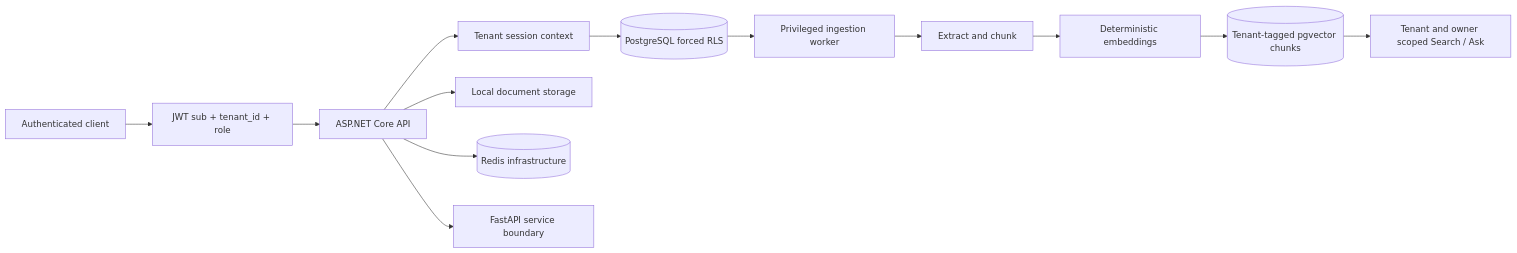
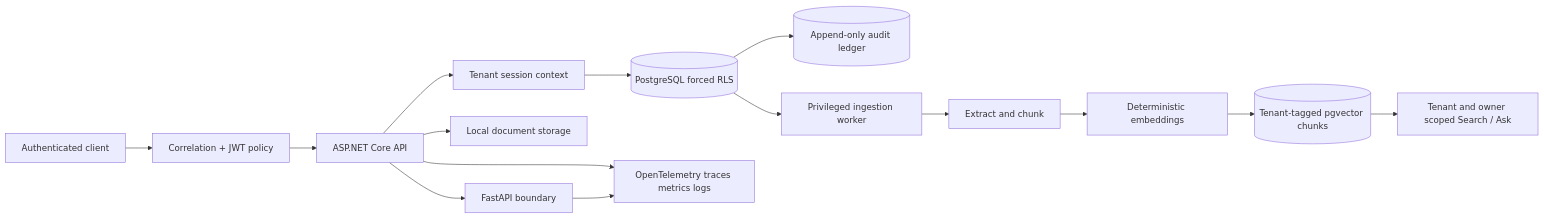
One commit to mahdiaghtaee/enterprise-ai-document-assistant changed the diagram in README.md. Above: the diagram before and after it, drawn with Mermaid. The commit also changed other lines of this file and 25 other files, not shown here.

First line of the commit message:
Add audit and OpenTelemetry observability foundation (#72)

````diff
--- a/README.md
+++ b/README.md
@@ -110,15 +123,17 @@
 ```mermaid
 flowchart LR
-    U[Authenticated client] --> J[JWT sub + tenant_id + role]
-    J --> A[ASP.NET Core API]
+    U[Authenticated client] --> C[Correlation + JWT policy]
+    C --> A[ASP.NET Core API]
     A --> T[Tenant session context]
     T --> P[(PostgreSQL forced RLS)]
+    P --> L[(Append-only audit ledger)]
     A --> S[Local document storage]
     P --> W[Privileged ingestion worker]
     W --> X[Extract and chunk]
     X --> E[Deterministic embeddings]
     E --> V[(Tenant-tagged pgvector chunks)]
     V --> Q[Tenant and owner scoped Search / Ask]
-    A --> R[(Redis infrastructure)]
-    A --> F[FastAPI service boundary]
+    A --> F[FastAPI boundary]
+    A --> O[OpenTelemetry traces metrics logs]
+    F --> O
 ```
````
